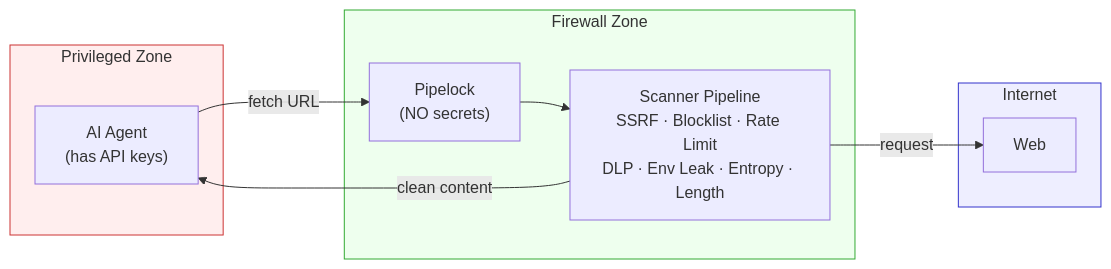
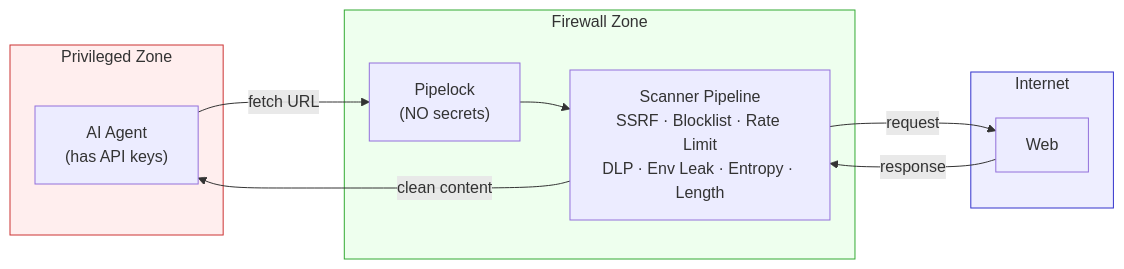
The diagram in README.md (luckyPipewrench/pipelock), drawn with Mermaid before and after one commit. The commit also changed other lines of this file and 2 other files, not shown here.

````diff
--- a/README.md
+++ b/README.md
@@ -79,22 +84,23 @@
 ```mermaid
 flowchart LR
     subgraph PRIVILEGED["Privileged Zone"]
         Agent["AI Agent\n(has API keys)"]
     end
     subgraph FETCH["Firewall Zone"]
         Proxy["Pipelock\n(NO secrets)"]
         Scanner["Scanner Pipeline\nSSRF · Blocklist · Rate Limit\nDLP · Env Leak · Entropy · Length"]
     end
     subgraph NET["Internet"]
         Web["Web"]
     end
 
     Agent -- "fetch URL" --> Proxy
     Proxy --> Scanner
+    Scanner -- "request" --> Web
+    Web -- "response" --> Scanner
     Scanner -- "clean content" --> Agent
-    Scanner -- "request" --> Web
 
     style PRIVILEGED fill:#fee,stroke:#c33
     style FETCH fill:#efe,stroke:#3a3
     style NET fill:#eef,stroke:#33c
 ```
````
